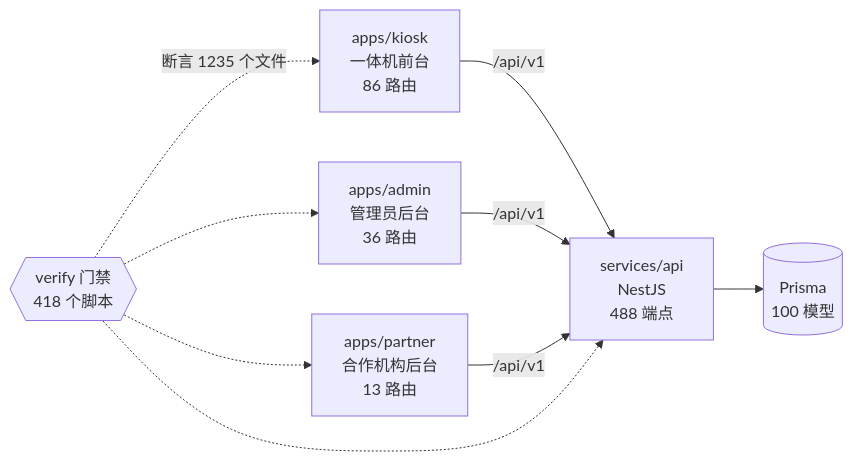
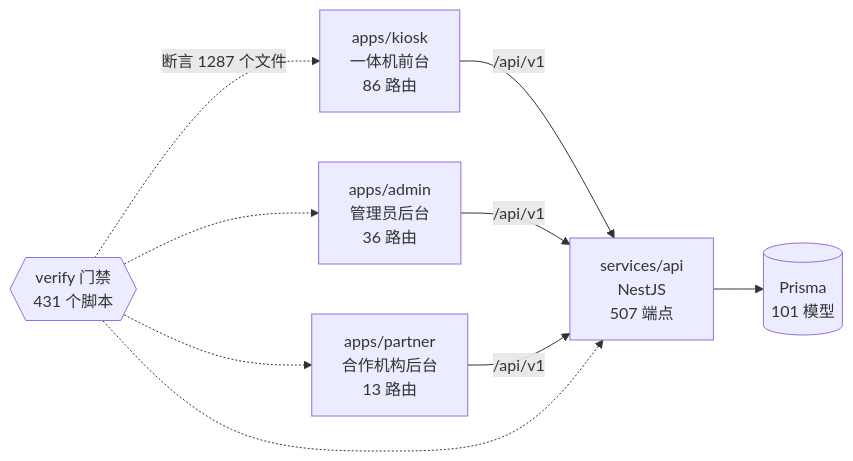
Before and after one commit to wanglei581/YITIJI: the diagram in docs/graph/README.md, drawn with Mermaid. The commit also changed other lines of this file and 25 other files, not shown here.

````diff
--- a/docs/graph/README.md
+++ b/docs/graph/README.md
@@ -68,18 +68,18 @@
 ```mermaid
 flowchart LR
   kiosk["apps/kiosk<br/>一体机前台<br/>86 路由"]
   admin["apps/admin<br/>管理员后台<br/>36 路由"]
   partner["apps/partner<br/>合作机构后台<br/>13 路由"]
-  api["services/api<br/>NestJS<br/>488 端点"]
-  db[("Prisma<br/>100 模型")]
-  gates{{"verify 门禁<br/>418 个脚本"}}
+  api["services/api<br/>NestJS<br/>507 端点"]
+  db[("Prisma<br/>101 模型")]
+  gates{{"verify 门禁<br/>431 个脚本"}}
 
   kiosk -->|"/api/v1"| api
   admin -->|"/api/v1"| api
   partner -->|"/api/v1"| api
   api --> db
-  gates -.->|"断言 1235 个文件"| kiosk
+  gates -.->|"断言 1287 个文件"| kiosk
   gates -.-> admin
   gates -.-> partner
   gates -.-> api
 ```
````
